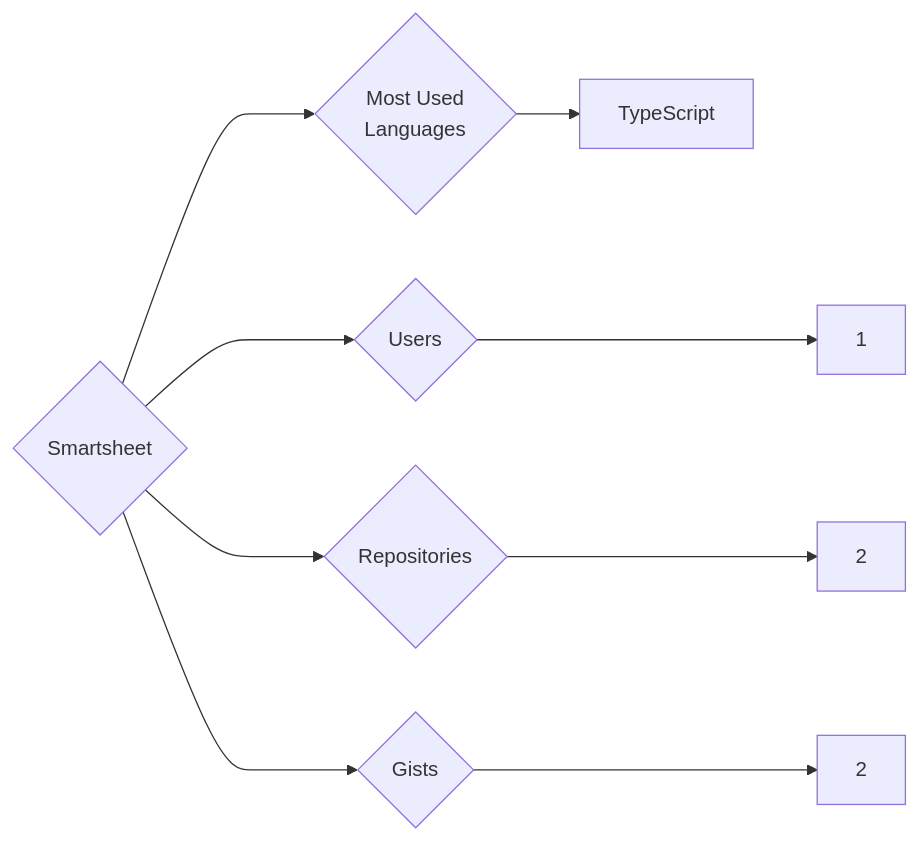
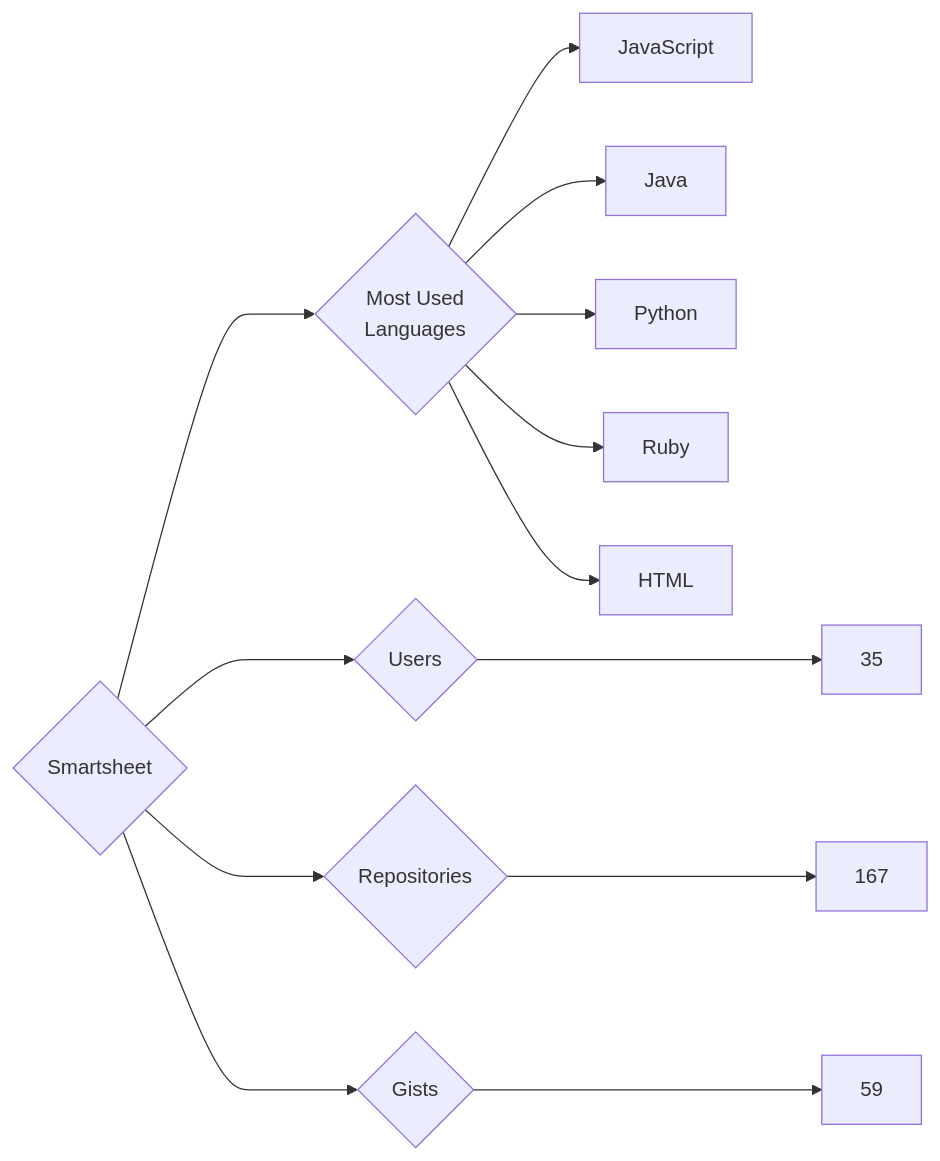
Before and after one commit to trickest/insiders: the diagram in targets/Smartsheet/README.md, drawn with Mermaid. The commit also changed 748 other files, not shown here.

````diff
--- a/targets/Smartsheet/README.md
+++ b/targets/Smartsheet/README.md
@@ -3,9 +3,13 @@
 ```mermaid
 graph LR
 COMPANY_NAME{Smartsheet}
-COMPANY_NAME ---> U{Users} ---> UN[1]
-COMPANY_NAME ---> R{Repositories} ---> RN[2]
-COMPANY_NAME ---> G{Gists} ---> GN[2]
+COMPANY_NAME ---> U{Users} ---> UN[35]
+COMPANY_NAME ---> R{Repositories} ---> RN[167]
+COMPANY_NAME ---> G{Gists} ---> GN[59]
 COMPANY_NAME ---> ML{Most Used<br>Languages}
-ML --> TypeScript[TypeScript]
+ML --> JavaScript[JavaScript]
+ML --> Java[Java]
+ML --> Python[Python]
+ML --> Ruby[Ruby]
+ML --> HTML[HTML]
 ```
````
